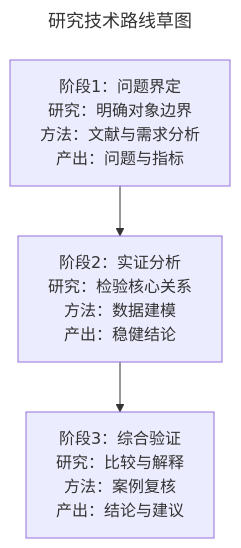
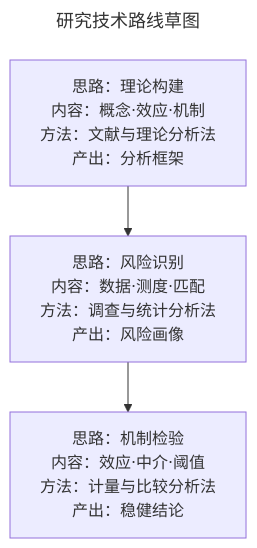
One commit to yz20211314/research-route-map changed the diagram in references/mermaid-draft.md. Above: the diagram before and after it, drawn with Mermaid. The commit also changed other lines of this file and 22 other files, not shown here.

````diff
--- a/references/mermaid-draft.md
+++ b/references/mermaid-draft.md
@@ -7,15 +7,15 @@
 ```mermaid
 ---
 title: 研究技术路线草图
 config:
   flowchart:
     curve: stepAfter
 ---
 flowchart TD
   %% revision: 1
-  S1["阶段1：问题界定<br/>研究：明确对象边界<br/>方法：文献与需求分析<br/>产出：问题与指标"]
-  S2["阶段2：实证分析<br/>研究：检验核心关系<br/>方法：数据建模<br/>产出：稳健结论"]
-  S3["阶段3：综合验证<br/>研究：比较与解释<br/>方法：案例复核<br/>产出：结论与建议"]
+  S1["思路：理论构建<br/>内容：概念·效应·机制<br/>方法：文献与理论分析法<br/>产出：分析框架"]
+  S2["思路：风险识别<br/>内容：数据·测度·匹配<br/>方法：调查与统计分析法<br/>产出：风险画像"]
+  S3["思路：机制检验<br/>内容：效应·中介·阈值<br/>方法：计量与比较分析法<br/>产出：稳健结论"]
   S1 --> S2
   S2 --> S3
 ```
````
